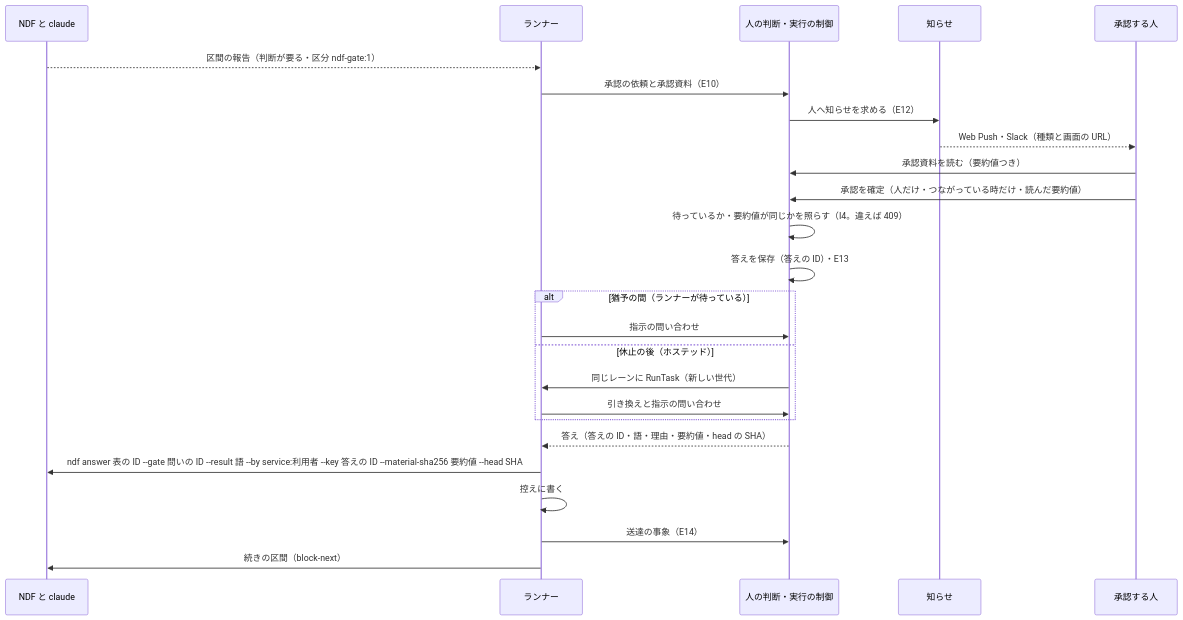
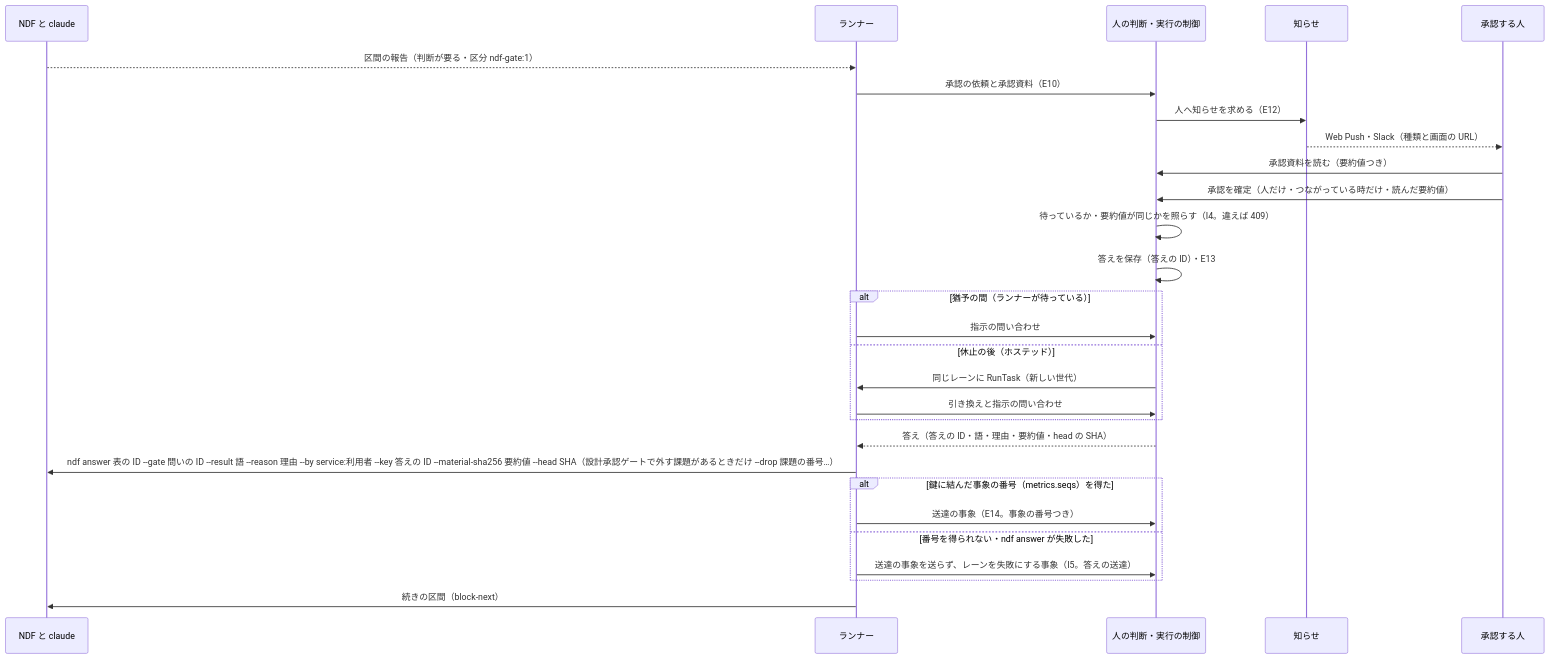
The seventh of 10 diagrams in docs/design/execution.md (devbasex/nd-factory), drawn with Mermaid before and after one commit. The commit also changed other lines of this file, not shown here.

First line of the commit message:
Docs: 実行の文書に答えの送達・承認の依頼と問いの状態・起票の直前の照らし・登録と起こし直しの順序図・決定 100〜103 を足す（#32）

````diff
--- a/docs/design/execution.md
+++ b/docs/design/execution.md
@@ -352,27 +415,30 @@
 ```mermaid
 sequenceDiagram
     participant N as NDF と claude
     participant R as ランナー
     participant API as 人の判断・実行の制御
     participant K as 知らせ
     participant 人 as 承認する人
     N-->>R: 区間の報告（判断が要る・区分 ndf-gate:1）
     R->>API: 承認の依頼と承認資料（E10）
     API->>K: 人へ知らせを求める（E12）
     K-->>人: Web Push・Slack（種類と画面の URL）
     人->>API: 承認資料を読む（要約値つき）
     人->>API: 承認を確定（人だけ・つながっている時だけ・読んだ要約値）
     API->>API: 待っているか・要約値が同じかを照らす（I4。違えば 409）
     API->>API: 答えを保存（答えの ID）・E13
     alt 猶予の間（ランナーが待っている）
         R->>API: 指示の問い合わせ
     else 休止の後（ホステッド）
         API->>R: 同じレーンに RunTask（新しい世代）
         R->>API: 引き換えと指示の問い合わせ
     end
     API-->>R: 答え（答えの ID・語・理由・要約値・head の SHA）
-    R->>N: ndf answer 表の ID --gate 問いの ID --result 語 --by service:利用者 --key 答えの ID --material-sha256 要約値 --head SHA
-    R->>R: 控えに書く
-    R->>API: 送達の事象（E14）
+    R->>N: ndf answer 表の ID --gate 問いの ID --result 語 --reason 理由 --by service:利用者 --key 答えの ID --material-sha256 要約値 --head SHA（設計承認ゲートで外す課題があるときだけ --drop 課題の番号…）
+    alt 鍵に結んだ事象の番号（metrics.seqs）を得た
+        R->>API: 送達の事象（E14。事象の番号つき）
+    else 番号を得られない・ndf answer が失敗した
+        R->>API: 送達の事象を送らず、レーンを失敗にする事象（I5。答えの送達）
+    end
     R->>N: 続きの区間（block-next）
 ```
````
